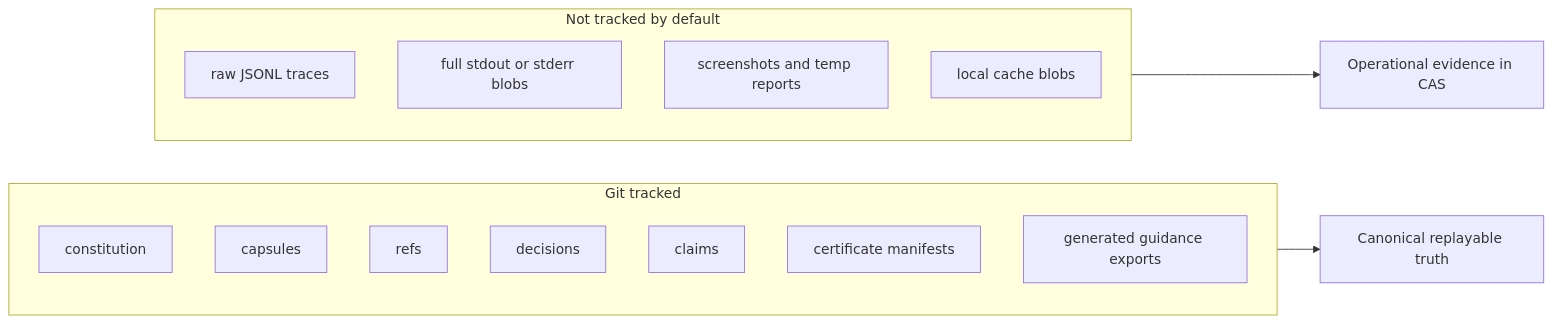
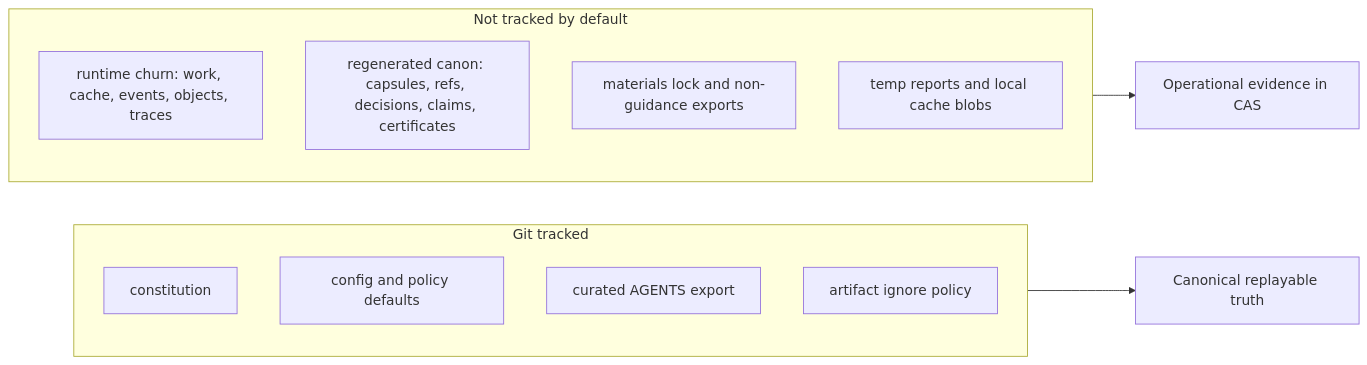
One commit to selkios/outcomegraph changed the seventh of 8 diagrams in ARCHITECTURE.md. Above: the diagram before and after it, drawn with Mermaid. The commit also changed other lines of this file and 249 other files, not shown here.

Commit message:
chore(og): enforce artifact tracking policy and add live flow coverage

````diff
--- a/ARCHITECTURE.md
+++ b/ARCHITECTURE.md
@@ -281,22 +281,19 @@
 ```mermaid
 flowchart LR
   subgraph GT[Git tracked]
     T1[constitution]
-    T2[capsules]
-    T3[refs]
-    T4[decisions]
-    T5[claims]
-    T6[certificate manifests]
-    T7[generated guidance exports]
+    T2[config and policy defaults]
+    T3[curated AGENTS export]
+    T4[artifact ignore policy]
   end
 
   subgraph NG[Not tracked by default]
-    N1[raw JSONL traces]
-    N2[full stdout or stderr blobs]
-    N3[screenshots and temp reports]
-    N4[local cache blobs]
+    N1[runtime churn: work, cache, events, objects, traces]
+    N2[regenerated canon: capsules, refs, decisions, claims, certificates]
+    N3[materials lock and non-guidance exports]
+    N4[temp reports and local cache blobs]
   end
 
   GT --> O[Canonical replayable truth]
   NG --> P[Operational evidence in CAS]
 ```
````
